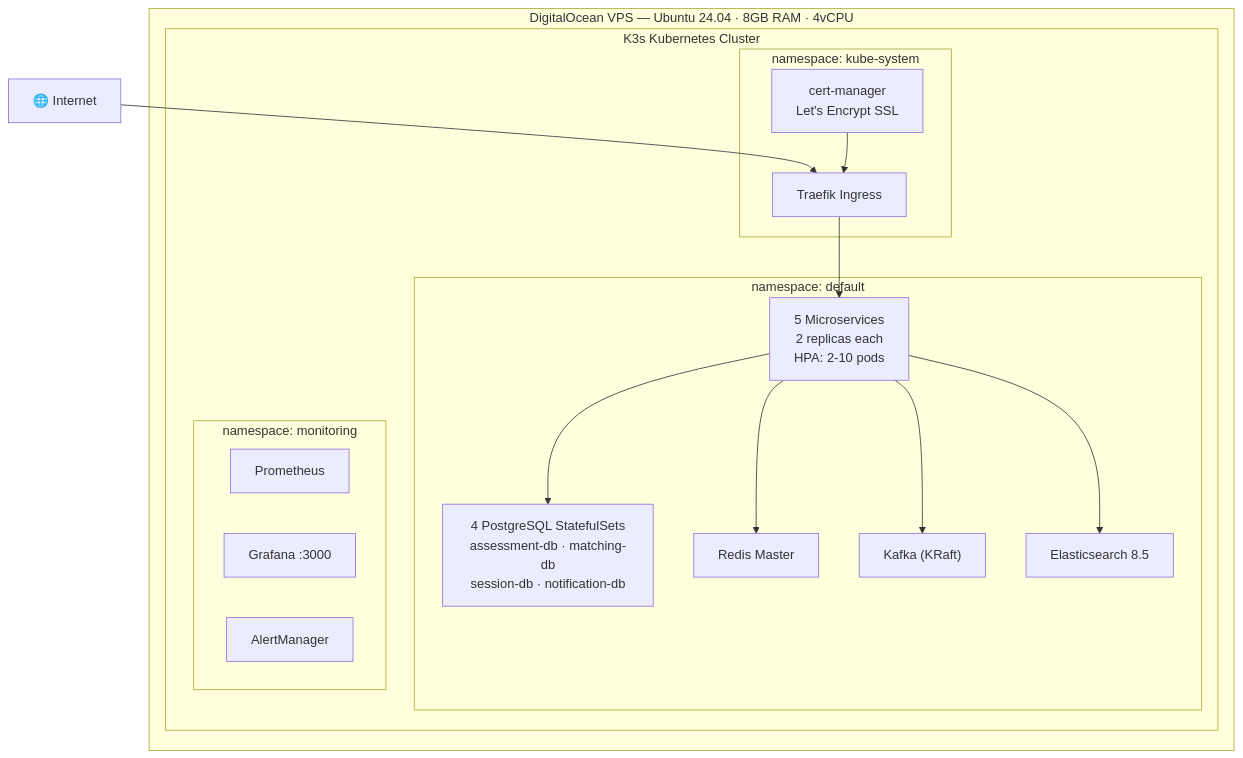
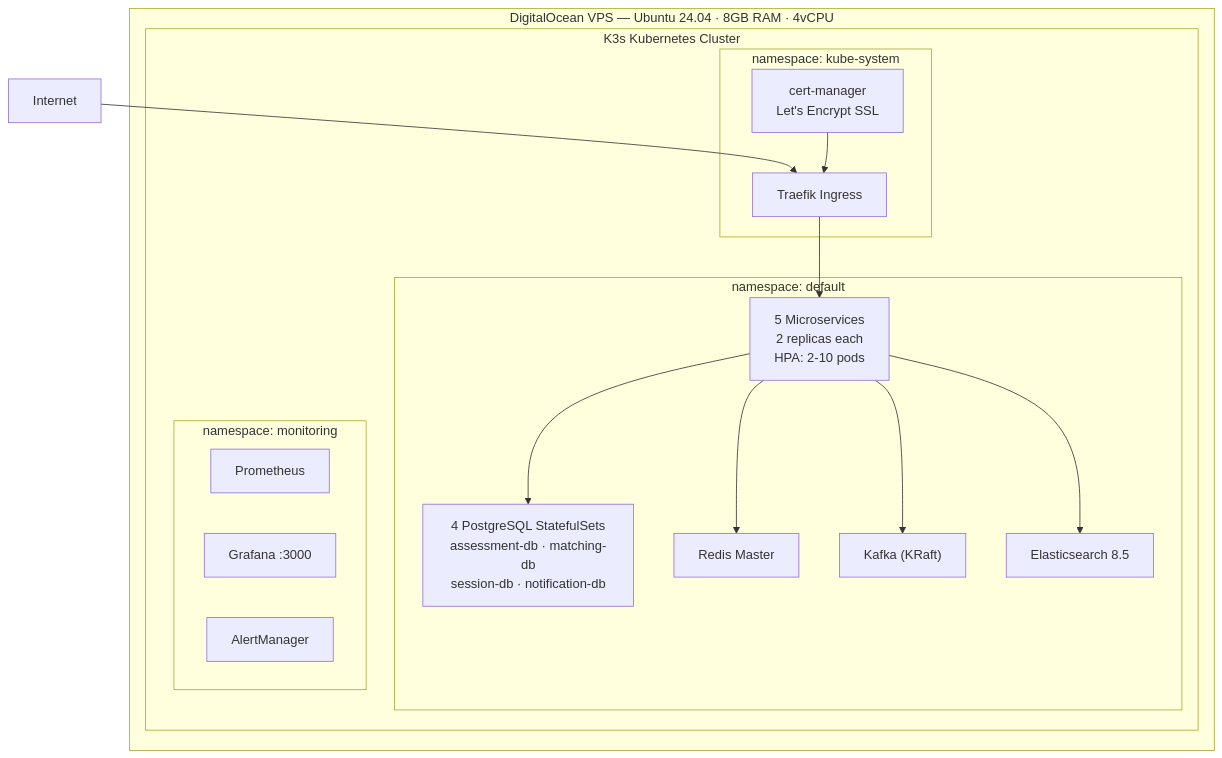
Before and after one commit to Asongwelewis/Skill-Bridge: the fifth of 6 diagrams in Readme.md, drawn with Mermaid. The commit also changed other lines of this file, not shown here.

````diff
--- a/Readme.md
+++ b/Readme.md
@@ -355,28 +355,28 @@
 ```mermaid
 graph TD
     subgraph VPS["DigitalOcean VPS — Ubuntu 24.04 · 8GB RAM · 4vCPU"]
         subgraph K3S["K3s Kubernetes Cluster"]
             subgraph DEFAULT["namespace: default"]
                 SVC["5 Microservices\n2 replicas each\nHPA: 2-10 pods"]
                 DB["4 PostgreSQL StatefulSets\nassessment-db · matching-db\nsession-db · notification-db"]
                 REDIS_K["Redis Master"]
                 KAFKA_K["Kafka (KRaft)"]
                 ELASTIC_K["Elasticsearch 8.5"]
             end
             subgraph MONITORING["namespace: monitoring"]
                 PROM_K["Prometheus"]
                 GRAF_K["Grafana :3000"]
                 ALERT["AlertManager"]
             end
             subgraph SYSTEM["namespace: kube-system"]
                 TRAEFIK_K["Traefik Ingress"]
                 CERTMGR["cert-manager\nLet's Encrypt SSL"]
             end
         end
     end
 
-    INTERNET["🌐 Internet"] --> TRAEFIK_K
+    INTERNET[" Internet"] --> TRAEFIK_K
     TRAEFIK_K --> SVC
     SVC --> DB & REDIS_K & KAFKA_K & ELASTIC_K
     CERTMGR --> TRAEFIK_K
 ```
````
